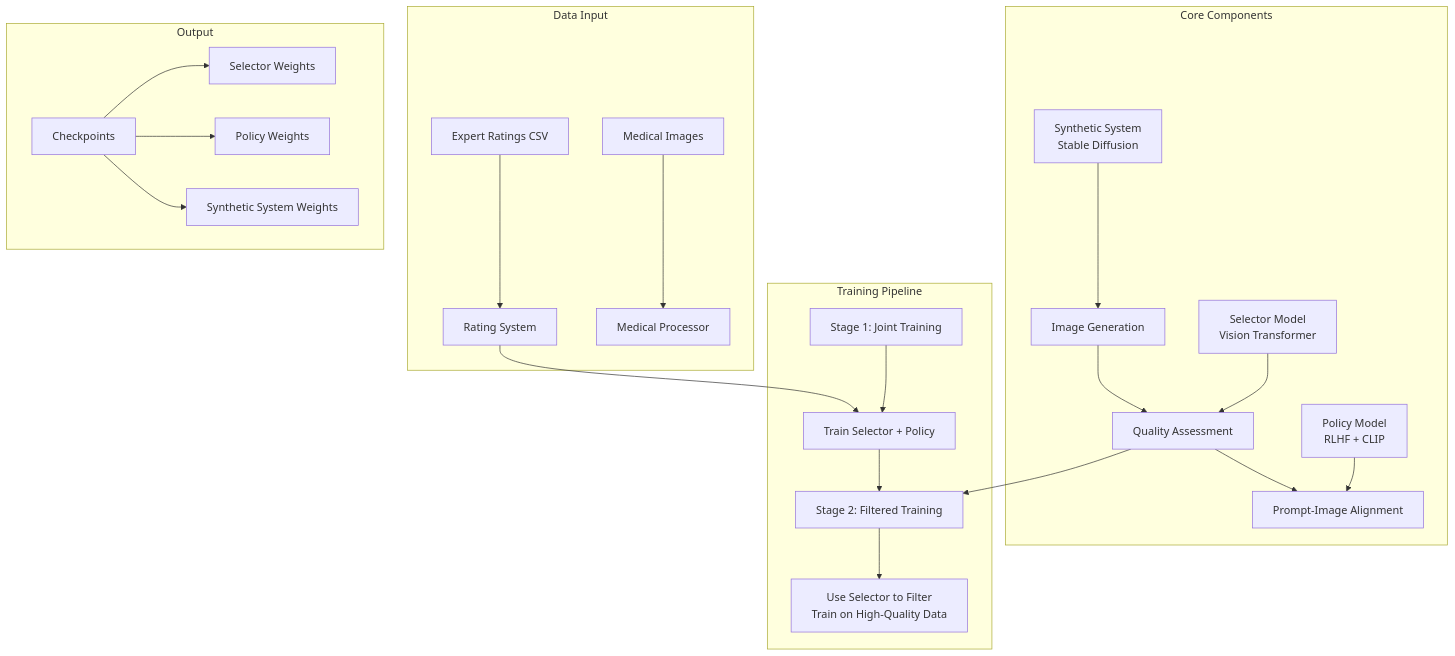
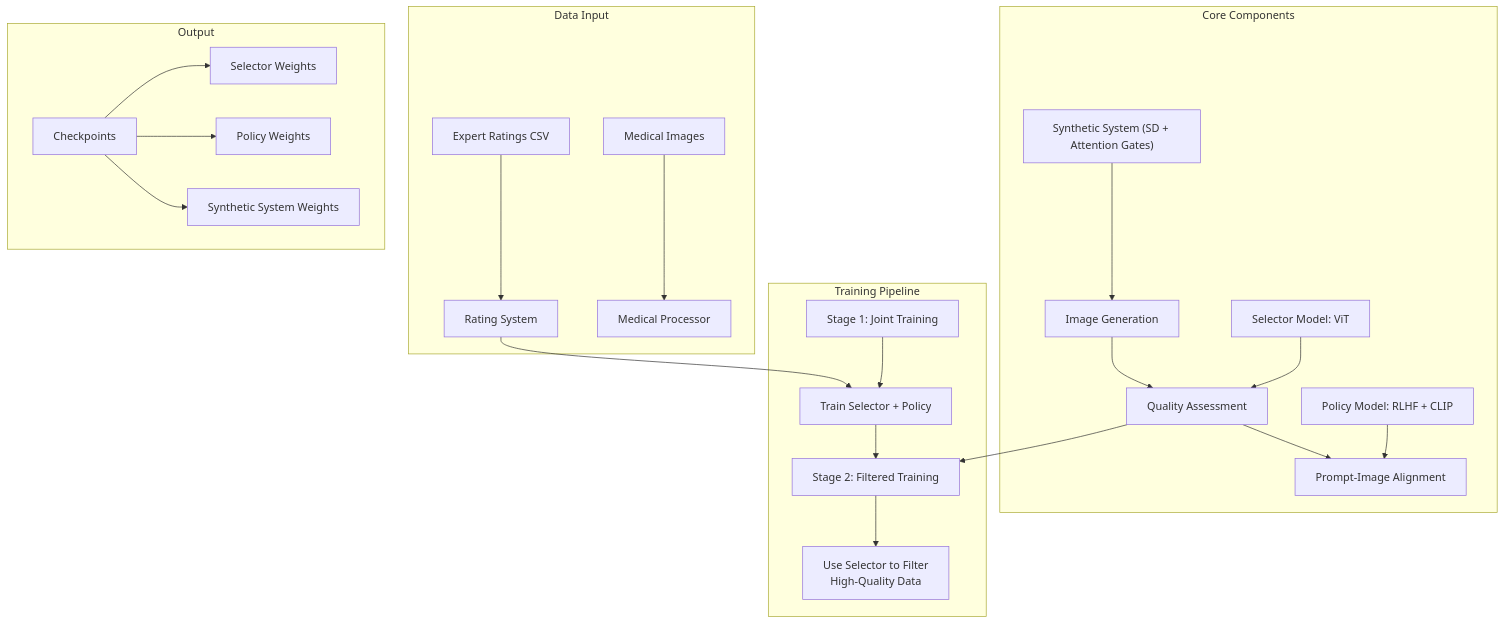
The first of 5 diagrams in README.md (harsh-ps-2003/CS787), drawn with Mermaid before and after one commit. The commit also changed other lines of this file and 1 other file, not shown here.

````diff
--- a/README.md
+++ b/README.md
@@ -15,30 +15,30 @@
 ```mermaid
 graph TB
     subgraph "Data Input"
         A[Expert Ratings CSV] --> B[Rating System]
         C[Medical Images] --> D[Medical Processor]
     end
     
     subgraph "Core Components"
-        E[Synthetic System<br/>Stable Diffusion] --> F[Image Generation]
-        G[Selector Model<br/>Vision Transformer] --> H[Quality Assessment]
-        I[Policy Model<br/>RLHF + CLIP] --> J[Prompt-Image Alignment]
+        E["Synthetic System (SD + Attention Gates)"] --> F[Image Generation]
+        G[Selector Model: ViT] --> H[Quality Assessment]
+        I[Policy Model: RLHF + CLIP] --> J[Prompt-Image Alignment]
     end
     
     subgraph "Training Pipeline"
         K[Stage 1: Joint Training] --> L[Train Selector + Policy]
-        M[Stage 2: Filtered Training] --> N[Use Selector to Filter<br/>Train on High-Quality Data]
+        M[Stage 2: Filtered Training] --> N["Use Selector to Filter<br/>High-Quality Data"]
     end
     
     subgraph "Output"
         O[Checkpoints] --> P[Selector Weights]
         O --> Q[Policy Weights]
         O --> R[Synthetic System Weights]
     end
     
     B --> L
     F --> H
     H --> J
     L --> M
     H --> M
 ```
````
